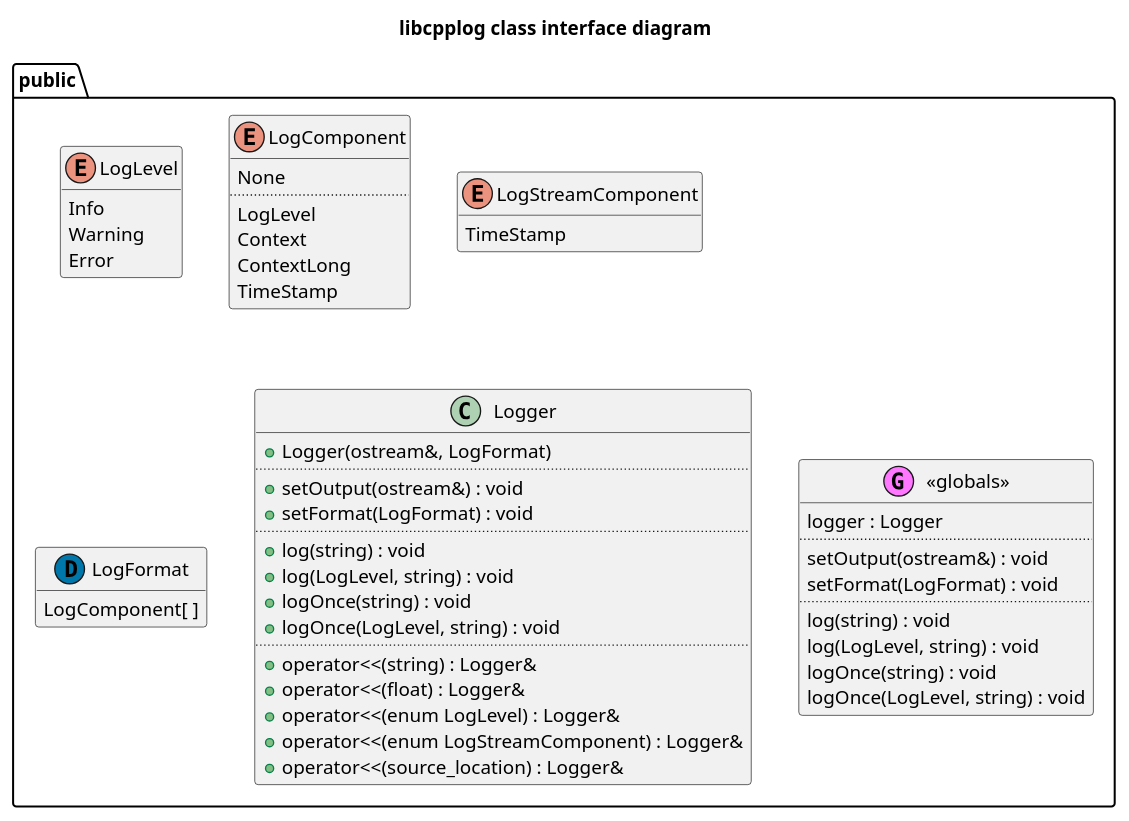
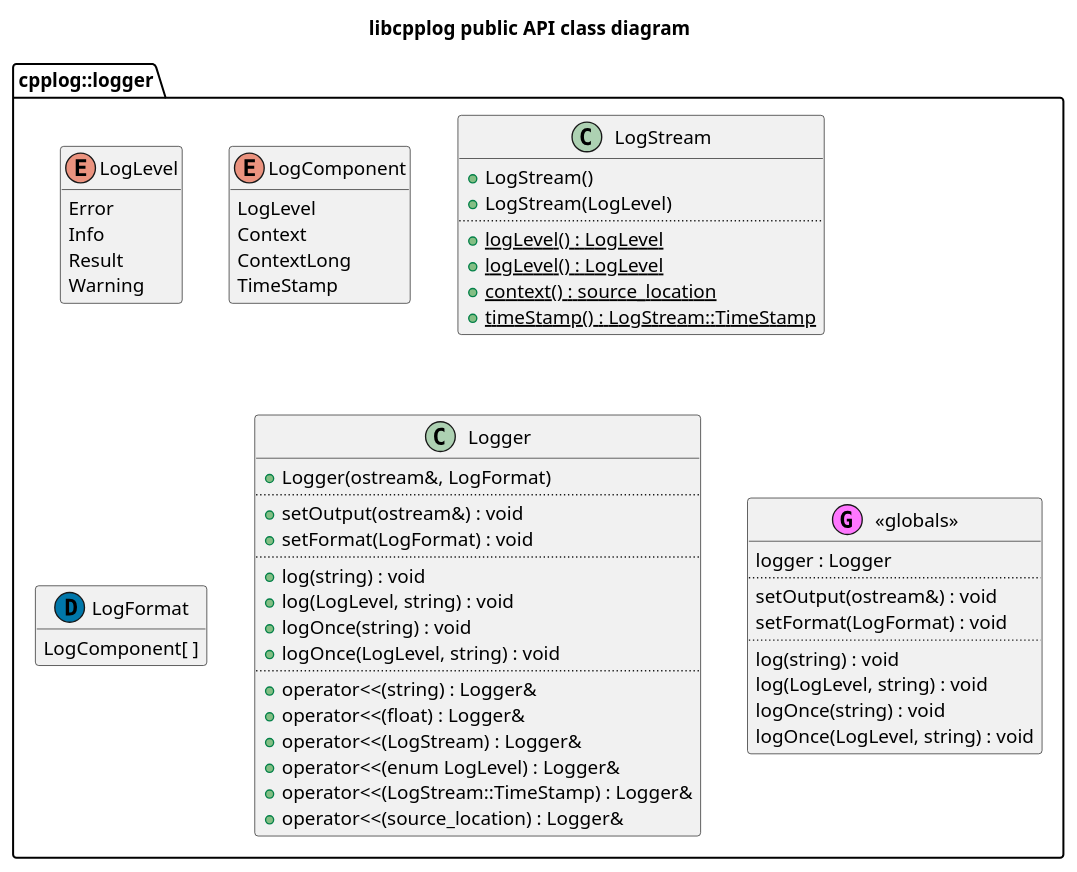
The diagram in libcpplog/doc/class.puml (kfpgk/libcpplog), drawn with PlantUML before and after one commit. The commit also changed 15 other files, not shown here.

First line of the commit message:
Make Logger copyable and introduce LogStream object

```diff
--- a/libcpplog/doc/class.puml
+++ b/libcpplog/doc/class.puml
@@ -1,64 +1,70 @@
 @startuml class-diagram
 
-title libcpplog class interface diagram
+title libcpplog public API class diagram
 
-package public {
+package cpplog::logger {
 
     enum LogLevel {
+        Error
         Info
+        Result
         Warning
-        Error
     }
     hide LogLevel methods
 
     enum LogComponent {
-        None
-        ..
         LogLevel
         Context
         ContextLong
         TimeStamp
     }
+    hide LogComponent methods
 
-    enum LogStreamComponent {
-        TimeStamp
+    class LogStream {
+        + LogStream()
+        + LogStream(LogLevel)
+        ..
+        + {static} logLevel() : LogLevel
+        + {static} logLevel() : LogLevel
+        + {static} context() : source_location
+        + {static} timeStamp() : LogStream::TimeStamp
     }
-    hide LogStreamComponent methods
 
     class LogFormat << (D,#0077AA) >> {
         LogComponent[ ]
     }
     hide LogFormat methods
 
     class Logger {
         + Logger(ostream&, LogFormat)
         ..
         + setOutput(ostream&) : void
         + setFormat(LogFormat) : void
         ..
         + log(string) : void
         + log(LogLevel, string) : void
         + logOnce(string) : void
         + logOnce(LogLevel, string) : void
         ..
         + operator<<(string) : Logger&
         + operator<<(float) : Logger&
+        + operator<<(LogStream) : Logger&
         + operator<<(enum LogLevel) : Logger&
-        + operator<<(enum LogStreamComponent) : Logger&
+        + operator<<(LogStream::TimeStamp) : Logger&
         + operator<<(source_location) : Logger&
     }
 
     class "<<globals>>" as globals << (G,#FF77FF) >> {
         logger : Logger
         ..
         setOutput(ostream&) : void
         setFormat(LogFormat) : void
         ..
         log(string) : void
         log(LogLevel, string) : void
         logOnce(string) : void
         logOnce(LogLevel, string) : void
     }
 }
 
 @enduml
```
